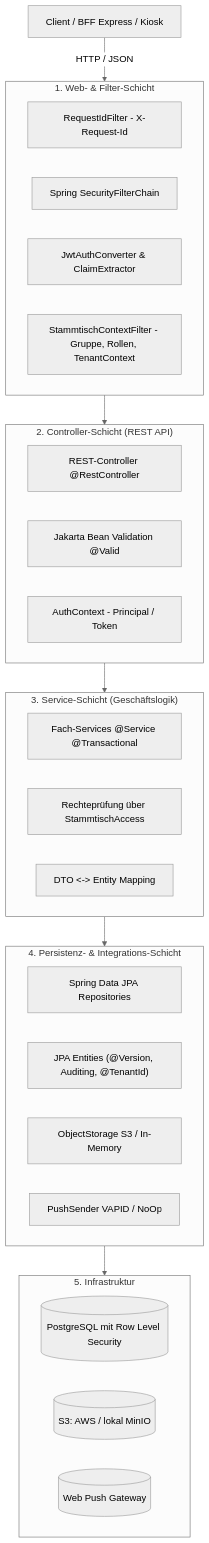
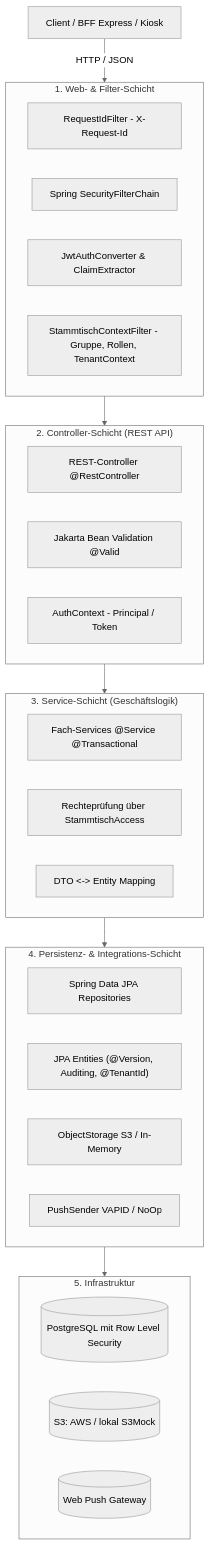
The first of 2 diagrams in docs/baseservice/02-architecture-and-layers.md (damaurer/vereint), drawn with Mermaid (neutral theme) before and after one commit. The commit also changed 12 other files, not shown here.

````diff
--- a/docs/baseservice/02-architecture-and-layers.md
+++ b/docs/baseservice/02-architecture-and-layers.md
@@ -11,41 +11,41 @@
 ```mermaid
 graph TD
   Client[Client / BFF Express / Kiosk] -->|HTTP / JSON| WebLayer
 
   subgraph WebLayer["1. Web- & Filter-Schicht"]
     ReqId[RequestIdFilter - X-Request-Id]
     SecFilter[Spring SecurityFilterChain]
     Conv[JwtAuthConverter & ClaimExtractor]
     Tenant[StammtischContextFilter - Gruppe, Rollen, TenantContext]
   end
 
   subgraph RestLayer["2. Controller-Schicht (REST API)"]
     Ctrl[REST-Controller @RestController]
     Val[Jakarta Bean Validation @Valid]
     AuthCtx[AuthContext - Principal / Token]
   end
 
   subgraph ServiceLayer["3. Service-Schicht (Geschäftslogik)"]
     Svc["Fach-Services @Service @Transactional"]
     SecMatrix["Rechteprüfung über StammtischAccess"]
     Mapping["DTO <-> Entity Mapping"]
   end
 
   subgraph DataLayer["4. Persistenz- & Integrations-Schicht"]
     Repo[Spring Data JPA Repositories]
     Entities["JPA Entities (@Version, Auditing, @TenantId)"]
     ExtStorage[ObjectStorage S3 / In-Memory]
     ExtPush[PushSender VAPID / NoOp]
   end
 
   subgraph InfraLayer["5. Infrastruktur"]
     DB[(PostgreSQL mit Row Level Security)]
-    S3Store[(S3: AWS / lokal MinIO)]
+    S3Store[(S3: AWS / lokal S3Mock)]
     PushGw[(Web Push Gateway)]
   end
 
   WebLayer --> RestLayer
   RestLayer --> ServiceLayer
   ServiceLayer --> DataLayer
   DataLayer --> InfraLayer
 ```
````
